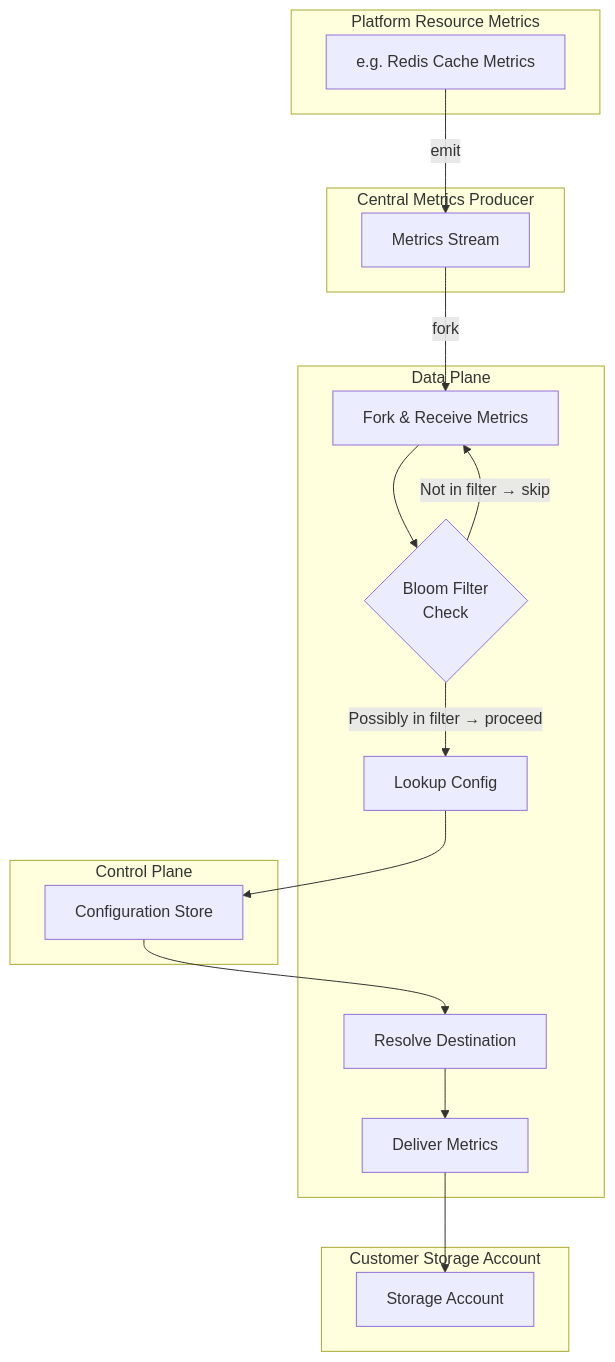
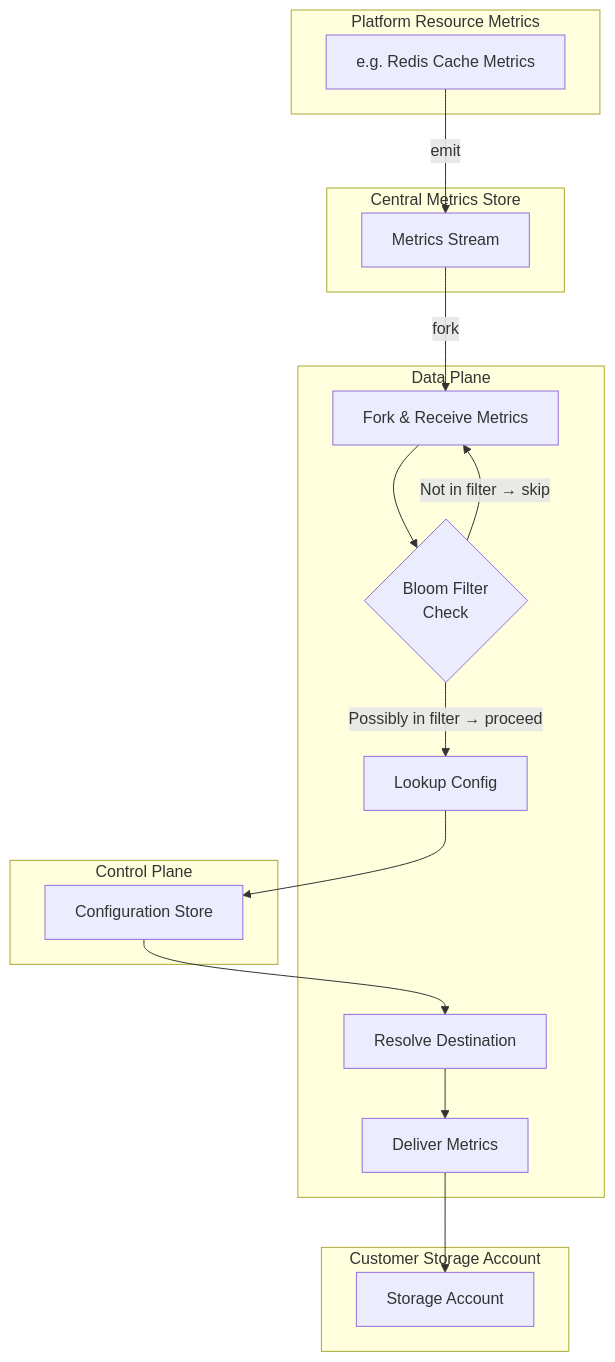
One commit to mvsnbharath/Design changed the fourth of 5 diagrams in AWS/Msft/e2e.md. Above: the diagram before and after it, drawn with Mermaid. The commit also changed other lines of this file, not shown here.

````diff
--- a/AWS/Msft/e2e.md
+++ b/AWS/Msft/e2e.md
@@ -65,36 +64,36 @@
 ```mermaid
 flowchart TB
     subgraph Source[Platform Resource Metrics]
         PR[e.g. Redis Cache Metrics]
     end
 
-    subgraph CMP[Central Metrics Producer]
+    subgraph CMS[Central Metrics Store]
         P[Metrics Stream]
     end
 
     subgraph DataPlane[Data Plane]
         D1[Fork & Receive Metrics]
         BF{Bloom Filter<br/>Check}
         D2[Lookup Config]
         D3[Resolve Destination]
         D4[Deliver Metrics]
     end
 
     subgraph ControlPlane[Control Plane]
         CP[Configuration Store]
     end
 
     subgraph Customer[Customer Storage Account]
         SA[Storage Account]
     end
 
     PR -->|emit| P
     P -->|fork| D1
     D1 --> BF
     BF -->|Not in filter → skip| D1
     BF -->|Possibly in filter → proceed| D2
     D2 --> CP
     CP --> D3
     D3 --> D4
     D4 --> SA
 ```
````
